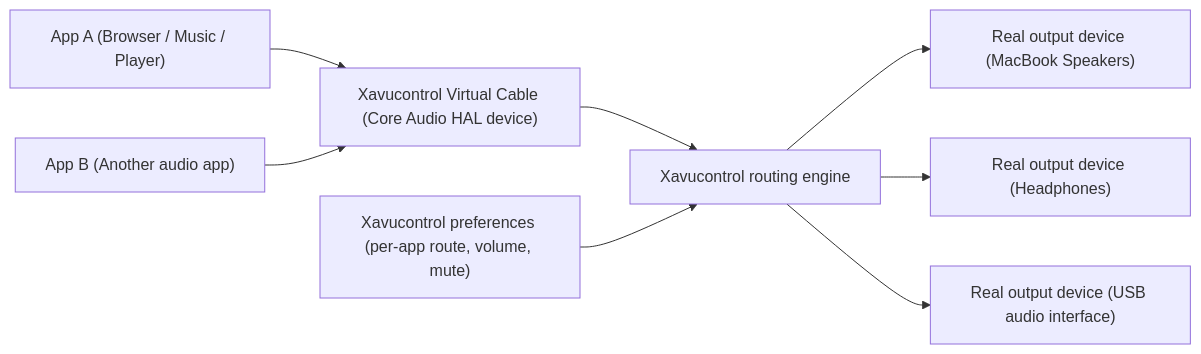
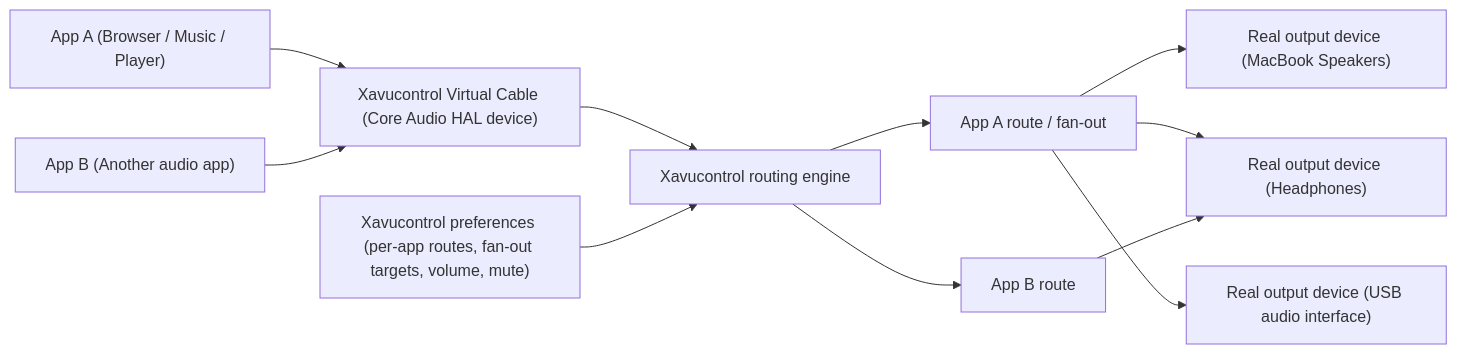
The first of 3 diagrams in README.md (ShiftHackZ/Xavucontrol), drawn with Mermaid before and after one commit. The commit also changed other lines of this file and 7 other files, not shown here.

Commit message:
Implement multiple output routing/tap for playback audio streams

````diff
--- a/README.md
+++ b/README.md
@@ -160,13 +167,18 @@
 ```mermaid
 flowchart LR
     AppA["App A (Browser / Music / Player)"] --> VC["Xavucontrol Virtual Cable (Core Audio HAL device)"]
     AppB["App B (Another audio app)"] --> VC
 
     VC --> Router["Xavucontrol routing engine"]
 
-    Router --> Out1["Real output device (MacBook Speakers)"]
-    Router --> Out2["Real output device (Headphones)"]
-    Router --> Out3["Real output device (USB audio interface)"]
+    Router --> FanoutA["App A route / fan-out"]
+    Router --> RouteB["App B route"]
 
-    Preferences["Xavucontrol preferences (per-app route, volume, mute)"] --> Router
+    FanoutA --> Out1["Real output device (MacBook Speakers)"]
+    FanoutA --> Out2["Real output device (Headphones)"]
+    FanoutA --> Out3["Real output device (USB audio interface)"]
+
+    RouteB --> Out2
+
+    Preferences["Xavucontrol preferences (per-app routes, fan-out targets, volume, mute)"] --> Router
 ```
````
